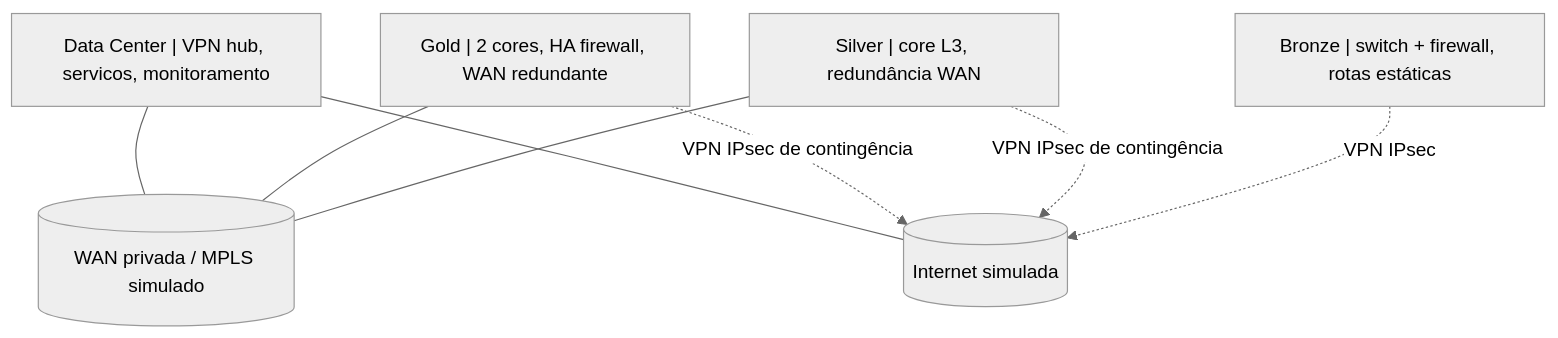
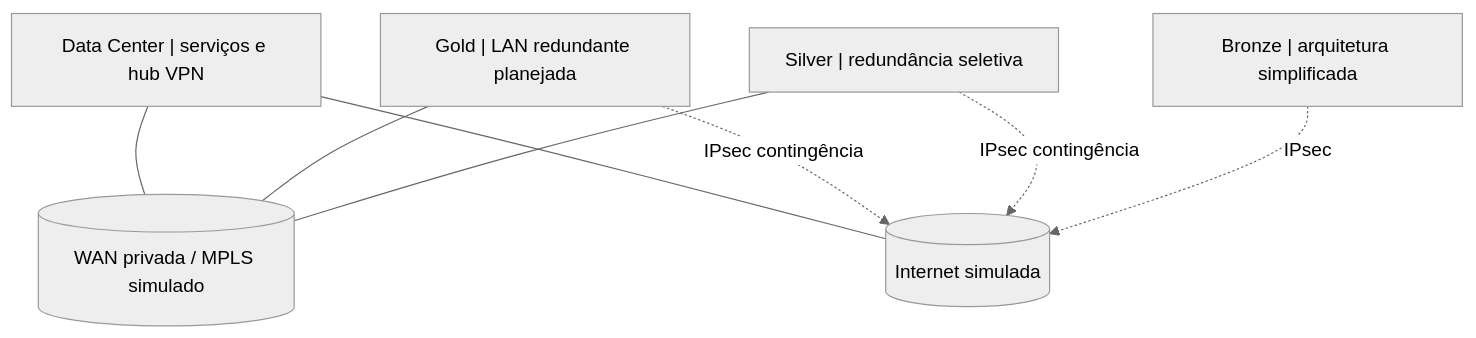
One commit to GiovaniSerra/enterprise-network changed the diagram in README.md. Above: the diagram before and after it, drawn with Mermaid (neutral theme). The commit also changed other lines of this file and 62 other files, not shown here.

````diff
--- a/README.md
+++ b/README.md
@@ -17,16 +26,16 @@
 ```mermaid
 flowchart TB
-    DC["Data Center | VPN hub, servicos, monitoramento"]
+    DC["Data Center | serviços e hub VPN"]
     MPLS[("WAN privada / MPLS simulado")]
     NET[("Internet simulada")]
-    G["Gold | 2 cores, HA firewall, WAN redundante"]
-    S["Silver | core L3, redundância WAN"]
-    B["Bronze | switch + firewall, rotas estáticas"]
+    G["Gold | LAN redundante planejada"]
+    S["Silver | redundância seletiva"]
+    B["Bronze | arquitetura simplificada"]
     DC --- MPLS
     DC --- NET
     G --- MPLS
-    G -.->|VPN IPsec de contingência| NET
     S --- MPLS
-    S -.->|VPN IPsec de contingência| NET
-    B -.->|VPN IPsec| NET
+    G -.->|IPsec contingência| NET
+    S -.->|IPsec contingência| NET
+    B -.->|IPsec| NET
 ```
````
